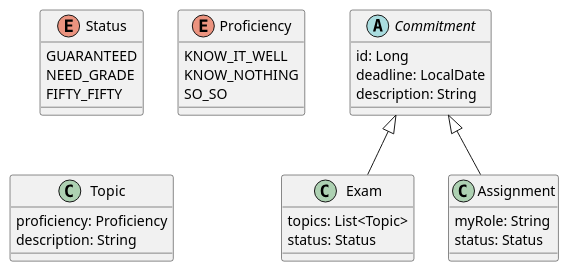
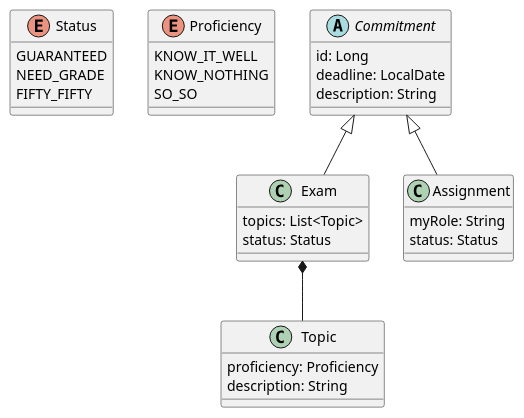
The diagram in diagram.puml (leonardo-Trex/piau), drawn with PlantUML before and after one commit.

Commit message:
UML: Add relationship
Exam *-- Topic

```diff
--- a/diagram.puml
+++ b/diagram.puml
@@ -1,37 +1,39 @@
 @startuml
 
 enum Status {
     GUARANTEED
     NEED_GRADE
     FIFTY_FIFTY
 }
 
 enum Proficiency {
     KNOW_IT_WELL
     KNOW_NOTHING
     ' mais-ou-menos
     SO_SO
 }
 
 abstract class Commitment {
     id: Long
     deadline: LocalDate
     description: String
 }
 
 class Exam extends Commitment {
     topics: List<Topic>
     status: Status
 }
 
 class Topic {
     proficiency: Proficiency
     description: String
 }
 
 class Assignment extends Commitment {
     myRole: String
     status: Status
 }
 
+Exam *-- Topic
+
 @enduml
```
